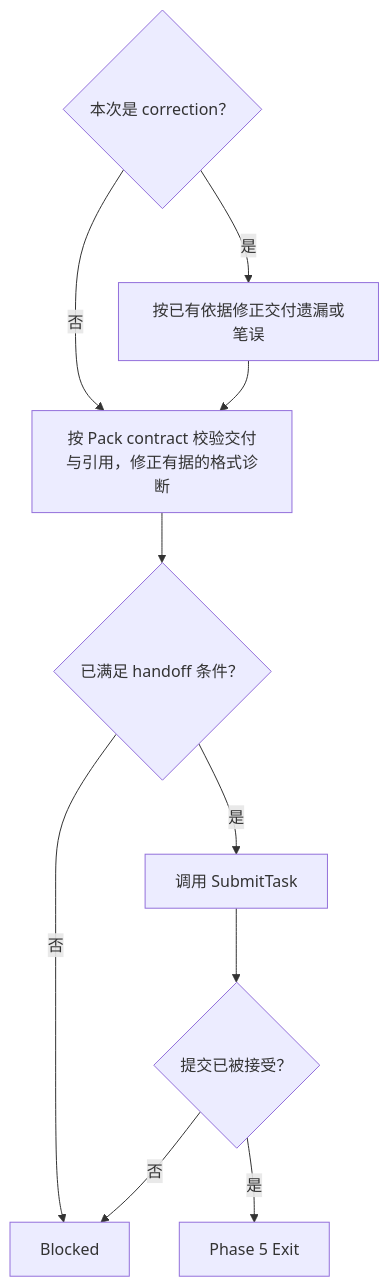
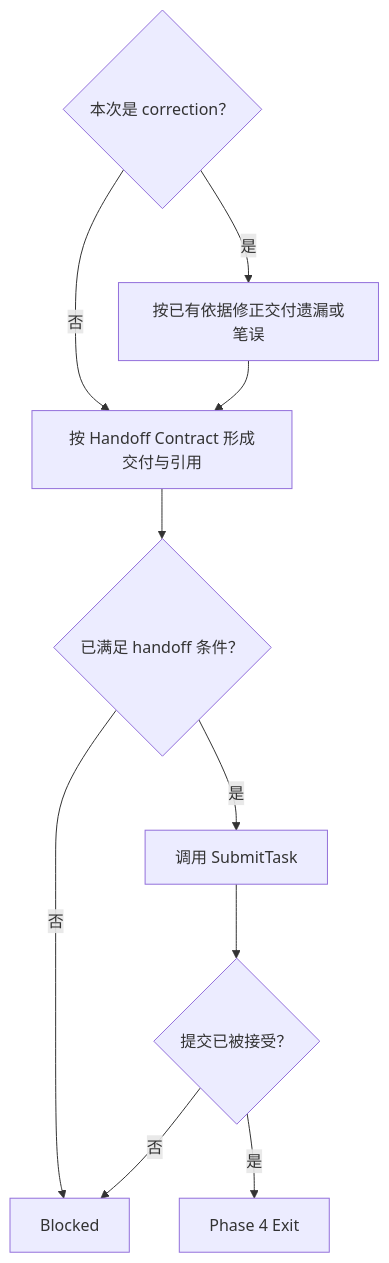
Diagram 11 of 11 in assets/scout/skills/domain-rbt-executor/SKILL.md (daihothot/scout), drawn with Mermaid before and after one commit. The commit also changed other lines of this file and 2 other files, not shown here.

First line of the commit message:
docs(skills): unify Pack preparation branches and execution handoff

````diff
--- a/assets/scout/skills/domain-rbt-executor/SKILL.md
+++ b/assets/scout/skills/domain-rbt-executor/SKILL.md
@@ -380,13 +498,13 @@
 ```mermaid
 flowchart TD
   A{"本次是 correction？"}
   A -- 是 --> B["按已有依据修正交付遗漏或笔误"]
-  A -- 否 --> C["按 Pack contract 校验交付与引用，修正有据的格式诊断"]
+  A -- 否 --> C["按 Handoff Contract 形成交付与引用"]
   B --> C
   C --> D{"已满足 handoff 条件？"}
   D -- 否 --> X["Blocked"]
   D -- 是 --> E["调用 SubmitTask"]
   E --> F{"提交已被接受？"}
   F -- 否 --> X
-  F -- 是 --> G["Phase 5 Exit"]
+  F -- 是 --> G["Phase 4 Exit"]
 ```
````
